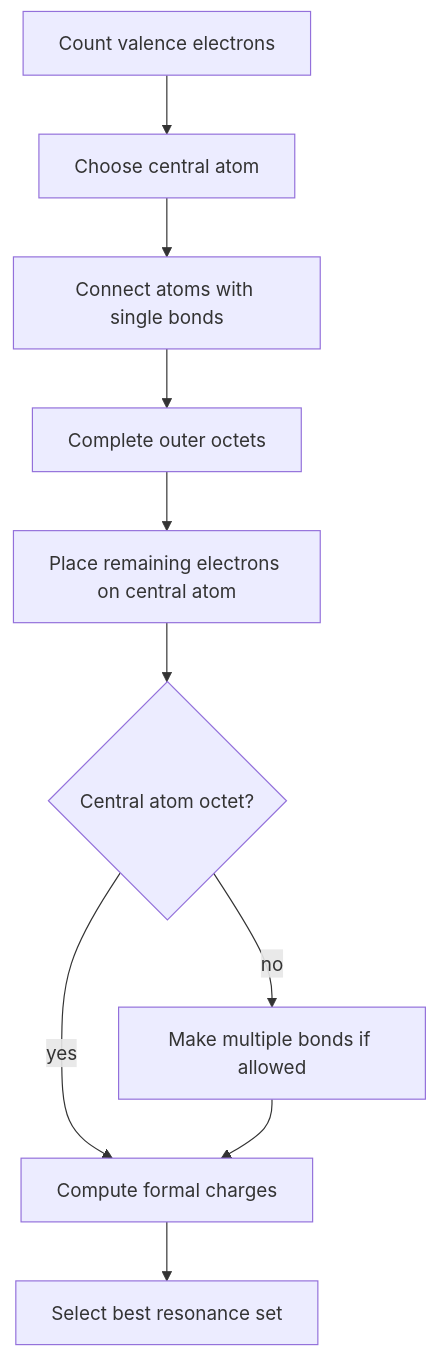
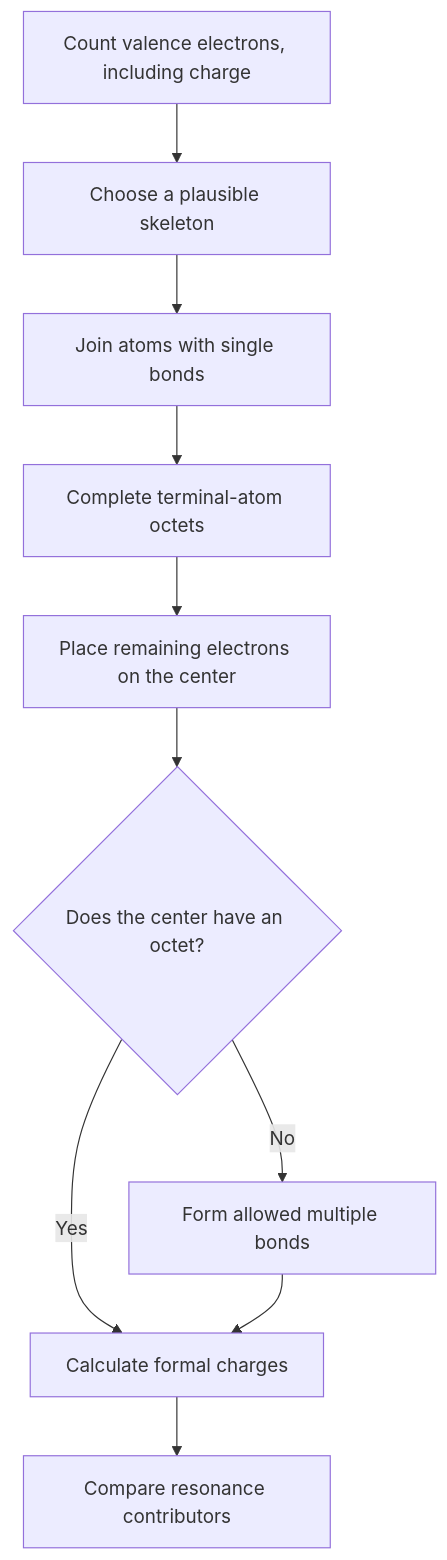
One commit to justinbrianhwang/SJ-wiki changed the diagram in docs/chemistry/general/ionic-and-covalent-bonding.md. Above: the diagram before and after it, drawn with Mermaid. The commit also changed other lines of this file and 955 other files, not shown here.

````diff
--- a/docs/chemistry/general/ionic-and-covalent-bonding.md
+++ b/docs/chemistry/general/ionic-and-covalent-bonding.md
@@ -60,12 +52,12 @@
 ```mermaid
 flowchart TD
-  A[Count valence electrons] --> B[Choose central atom]
-  B --> C[Connect atoms with single bonds]
-  C --> D[Complete outer octets]
-  D --> E[Place remaining electrons on central atom]
-  E --> F{"Central atom octet?"}
-  F -->|no| G[Make multiple bonds if allowed]
-  F -->|yes| H[Compute formal charges]
+  A["Count valence electrons, including charge"] --> B["Choose a plausible skeleton"]
+  B --> C["Join atoms with single bonds"]
+  C --> D["Complete terminal-atom octets"]
+  D --> E["Place remaining electrons on the center"]
+  E --> F{"Does the center have an octet?"}
+  F -->|No| G["Form allowed multiple bonds"]
+  F -->|Yes| H["Calculate formal charges"]
   G --> H
-  H --> I[Select best resonance set]
+  H --> I["Compare resonance contributors"]
 ```
````
